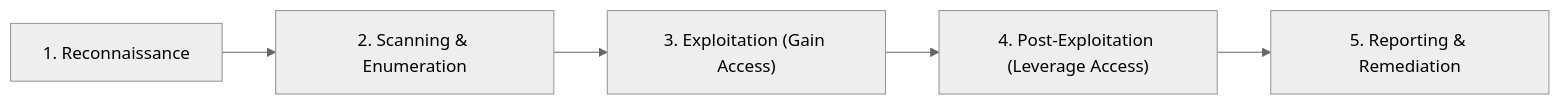
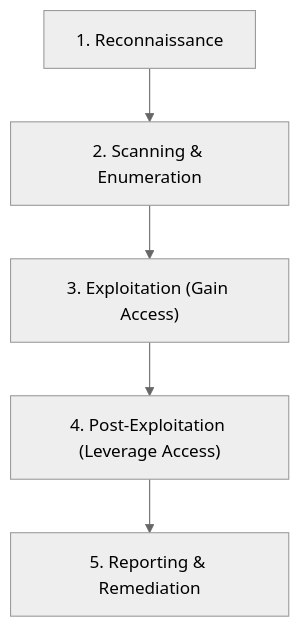
Before and after one commit to ankur-1112/portfolio: the first of 4 diagrams in docs/Sem-5/Theory/MFW/u5.mdx, drawn with Mermaid (neutral theme). The commit also changed other lines of this file, not shown here.

````diff
--- a/docs/Sem-5/Theory/MFW/u5.mdx
+++ b/docs/Sem-5/Theory/MFW/u5.mdx
@@ -21,7 +21,7 @@
 ```mermaid
-flowchart LR
+flowchart TD
     A["1. Reconnaissance"] --> B["2. Scanning & Enumeration"]
     B --> C["3. Exploitation (Gain Access)"]
     C --> D["4. Post-Exploitation (Leverage Access)"]
     D --> E["5. Reporting & Remediation"]
 ```
````
